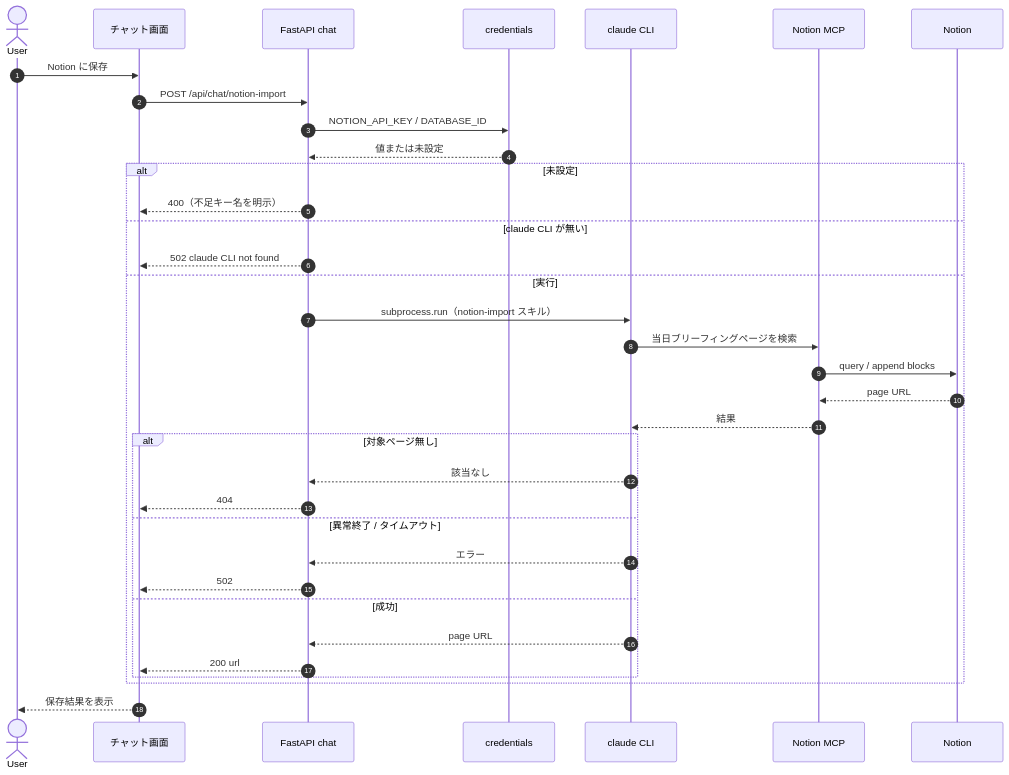
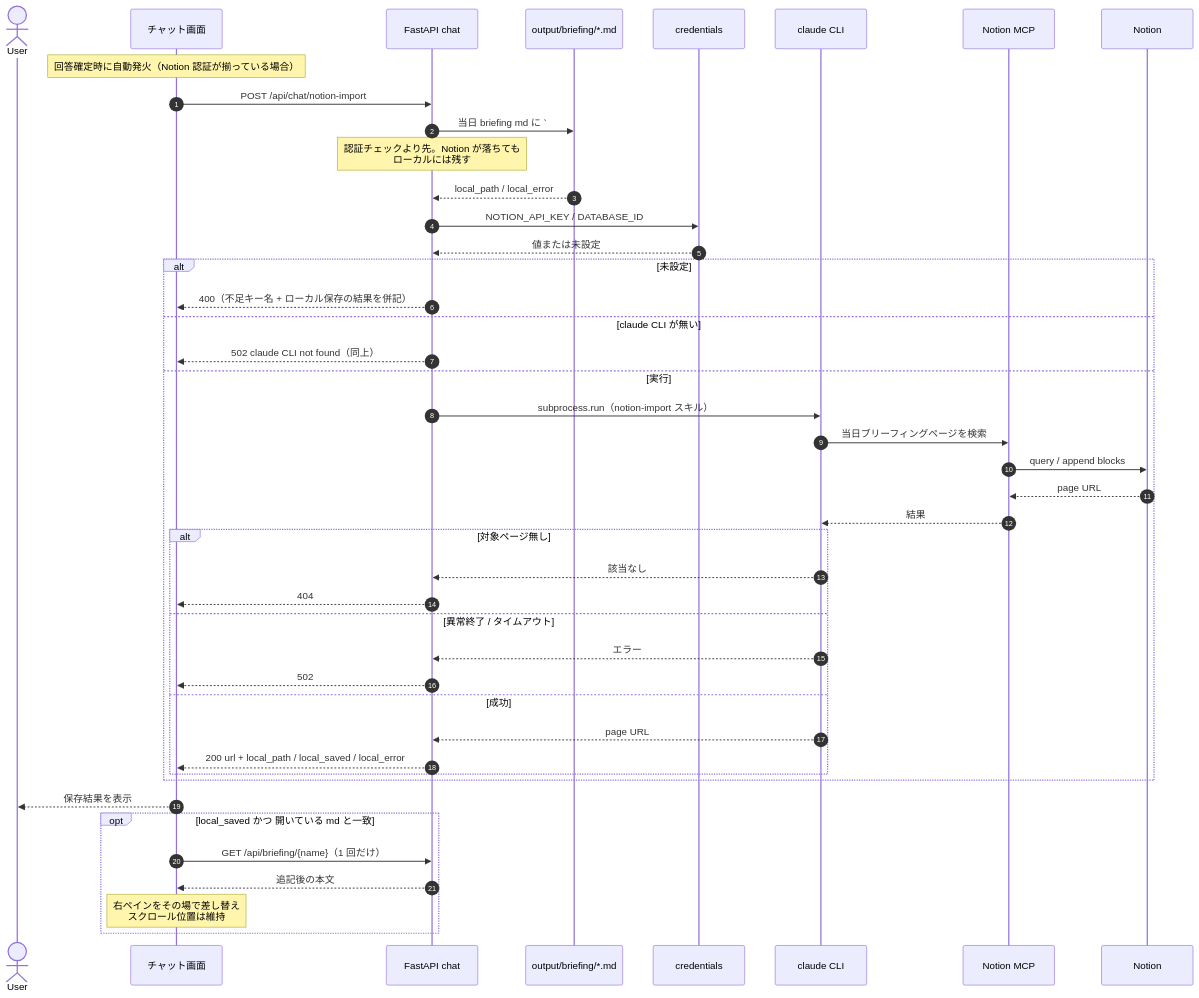
The sixth of 6 diagrams in docs/sequence-diagrams.md (KazusaNakagawa/ai-agent-cli), drawn with Mermaid before and after one commit. The commit also changed other lines of this file and 7 other files, not shown here.

````diff
--- a/docs/sequence-diagrams.md
+++ b/docs/sequence-diagrams.md
@@ -298,39 +306,49 @@
 ```mermaid
 sequenceDiagram
     autonumber
     actor U as User
     participant W as チャット画面
     participant API as FastAPI chat
+    participant MD as output/briefing/*.md
     participant KC as credentials
     participant CLI as claude CLI
     participant MCP as Notion MCP
     participant N as Notion
 
-    U->>W: Notion に保存
+    Note over W: 回答確定時に自動発火（Notion 認証が揃っている場合）
     W->>API: POST /api/chat/notion-import
+    API->>MD: 当日 briefing md に `## 追記:` を追記
+    Note over API: 認証チェックより先。Notion が落ちても<br/>ローカルには残す
+    MD-->>API: local_path / local_error
     API->>KC: NOTION_API_KEY / DATABASE_ID
     KC-->>API: 値または未設定
 
     alt 未設定
-        API-->>W: 400（不足キー名を明示）
+        API-->>W: 400（不足キー名 + ローカル保存の結果を併記）
     else claude CLI が無い
-        API-->>W: 502 claude CLI not found
+        API-->>W: 502 claude CLI not found（同上）
     else 実行
         API->>CLI: subprocess.run（notion-import スキル）
         CLI->>MCP: 当日ブリーフィングページを検索
         MCP->>N: query / append blocks
         N-->>MCP: page URL
         MCP-->>CLI: 結果
         alt 対象ページ無し
             CLI-->>API: 該当なし
             API-->>W: 404
         else 異常終了 / タイムアウト
             CLI-->>API: エラー
             API-->>W: 502
         else 成功
             CLI-->>API: page URL
-            API-->>W: 200 url
+            API-->>W: 200 url + local_path / local_saved / local_error
         end
     end
     W-->>U: 保存結果を表示
+
+    opt local_saved かつ 開いている md と一致
+        W->>API: GET /api/briefing/{name}（1 回だけ）
+        API-->>W: 追記後の本文
+        Note over W: 右ペインをその場で差し替え<br/>スクロール位置は維持
+    end
 ```
````
